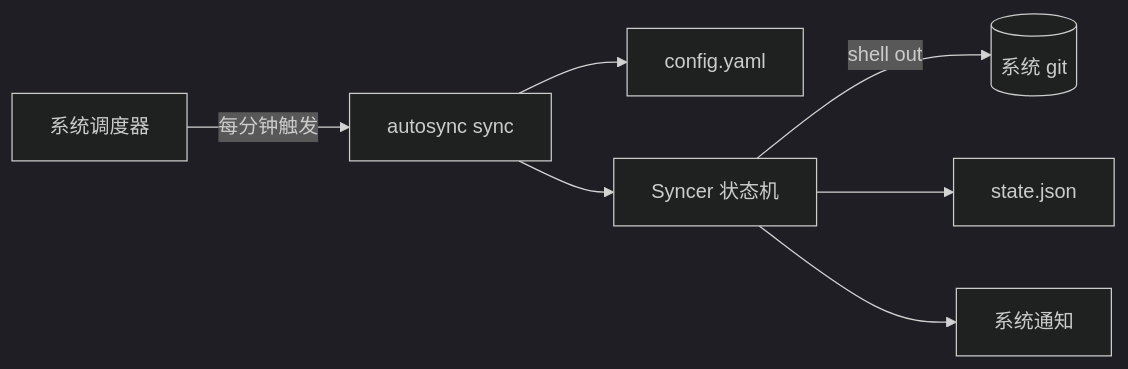
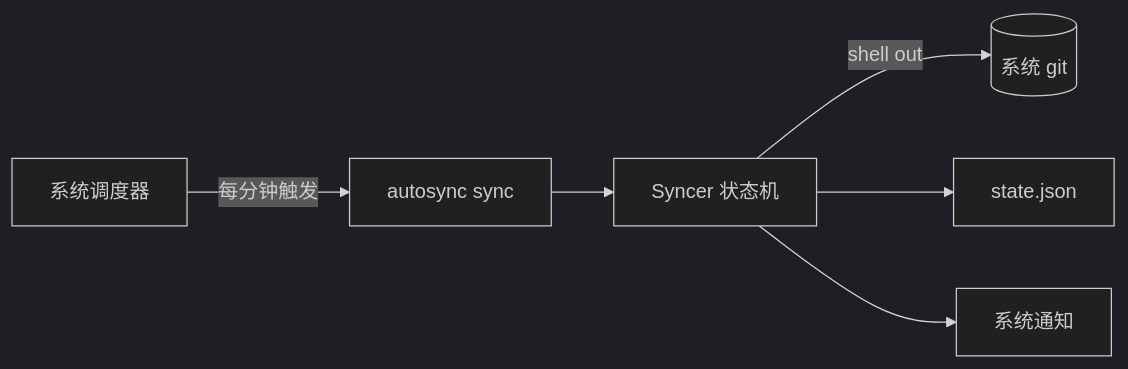
One commit to int2t05/AutoSync changed the diagram in README.md. Above: the diagram before and after it, drawn with Mermaid (dark theme). The commit also changed other lines of this file and 1 other file, not shown here.

````diff
--- a/README.md
+++ b/README.md
@@ -16,9 +37,7 @@
 ```mermaid
 flowchart LR
   SCH[系统调度器] -->|每分钟触发| EXE[autosync sync]
-  EXE --> CFG[config.yaml]
   EXE --> SYNC[Syncer 状态机]
   SYNC -->|shell out| GIT[(系统 git)]
-  SYNC --> STATE[state.json]
-  SYNC --> NOTIFY[系统通知]
+  SYNC --> STATE[state.json] & NOTIFY[系统通知]
 ```
````
